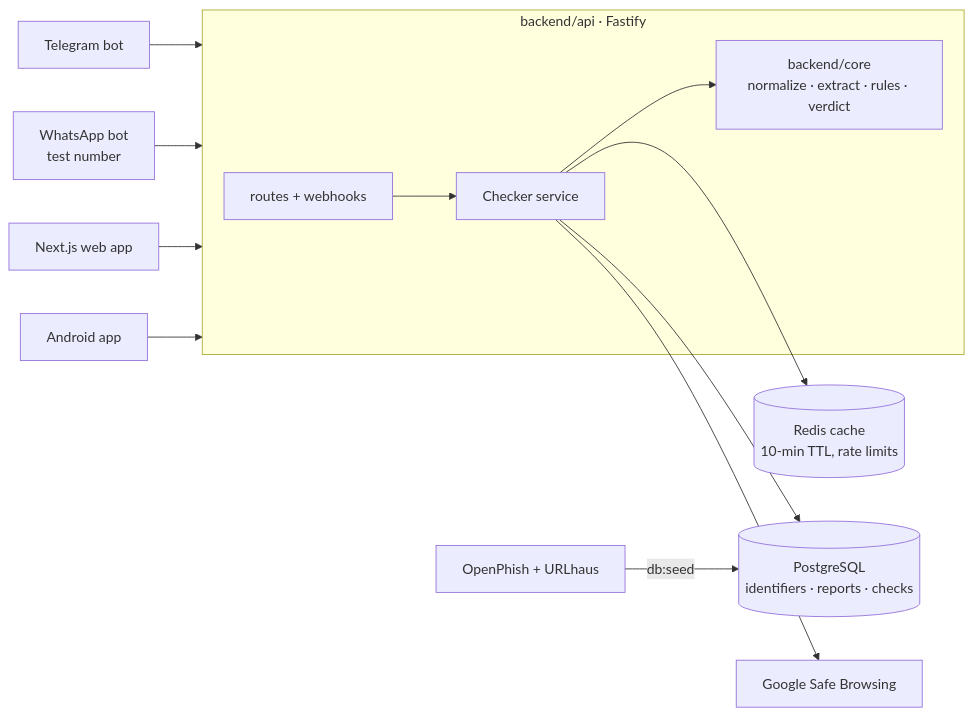
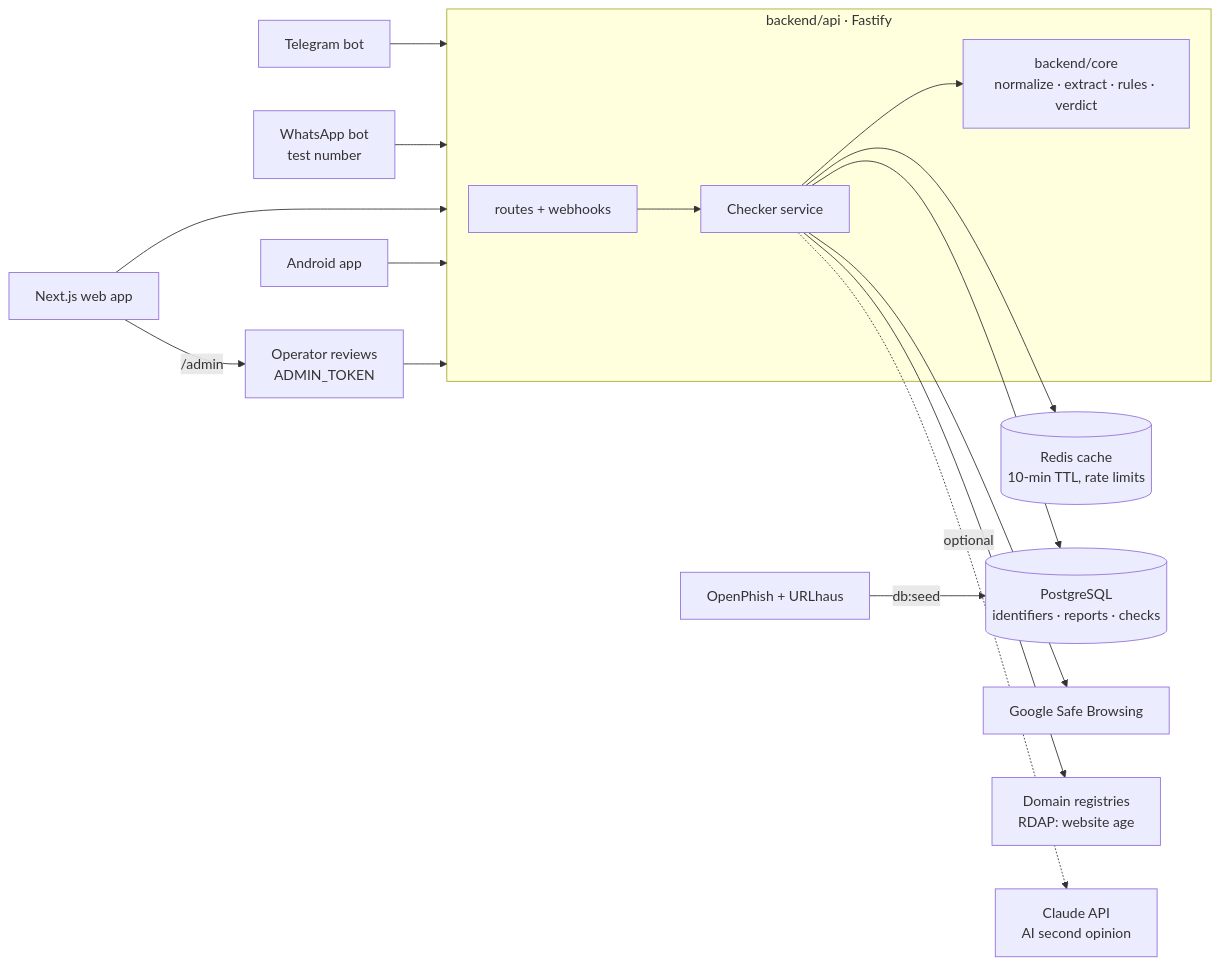
The diagram in README.md (PriyamMishra853/Sachet-), drawn with Mermaid before and after one commit. The commit also changed other lines of this file and 50 other files, not shown here.

First line of the commit message:
Owner appeals, new-website warning, AI second opinion, screenshot checks

````diff
--- a/README.md
+++ b/README.md
@@ -11,15 +11,19 @@
 ```mermaid
 flowchart LR
   TG[Telegram bot] --> API
   WA[WhatsApp bot<br/>test number] --> API
   WEB[Next.js web app] --> API
   AND[Android app] --> API
   subgraph API [backend/api · Fastify]
     R[routes + webhooks] --> C[Checker service]
     C --> CORE[backend/core<br/>normalize · extract · rules · verdict]
   end
   C --> REDIS[(Redis cache<br/>10-min TTL, rate limits)]
   C --> PG[(PostgreSQL<br/>identifiers · reports · checks)]
   C --> SB[Google Safe Browsing]
+  C --> RDAP[Domain registries<br/>RDAP: website age]
+  C -.->|optional| AI[Claude API<br/>AI second opinion]
   FEEDS[OpenPhish + URLhaus] -->|db:seed| PG
+  WEB -->|/admin| ADM[Operator reviews<br/>ADMIN_TOKEN]
+  ADM --> API
 ```
````
